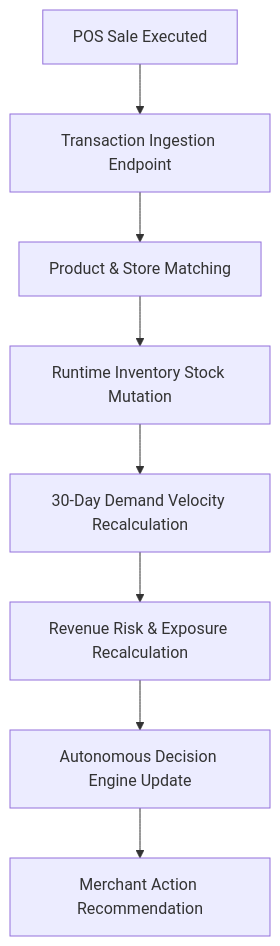
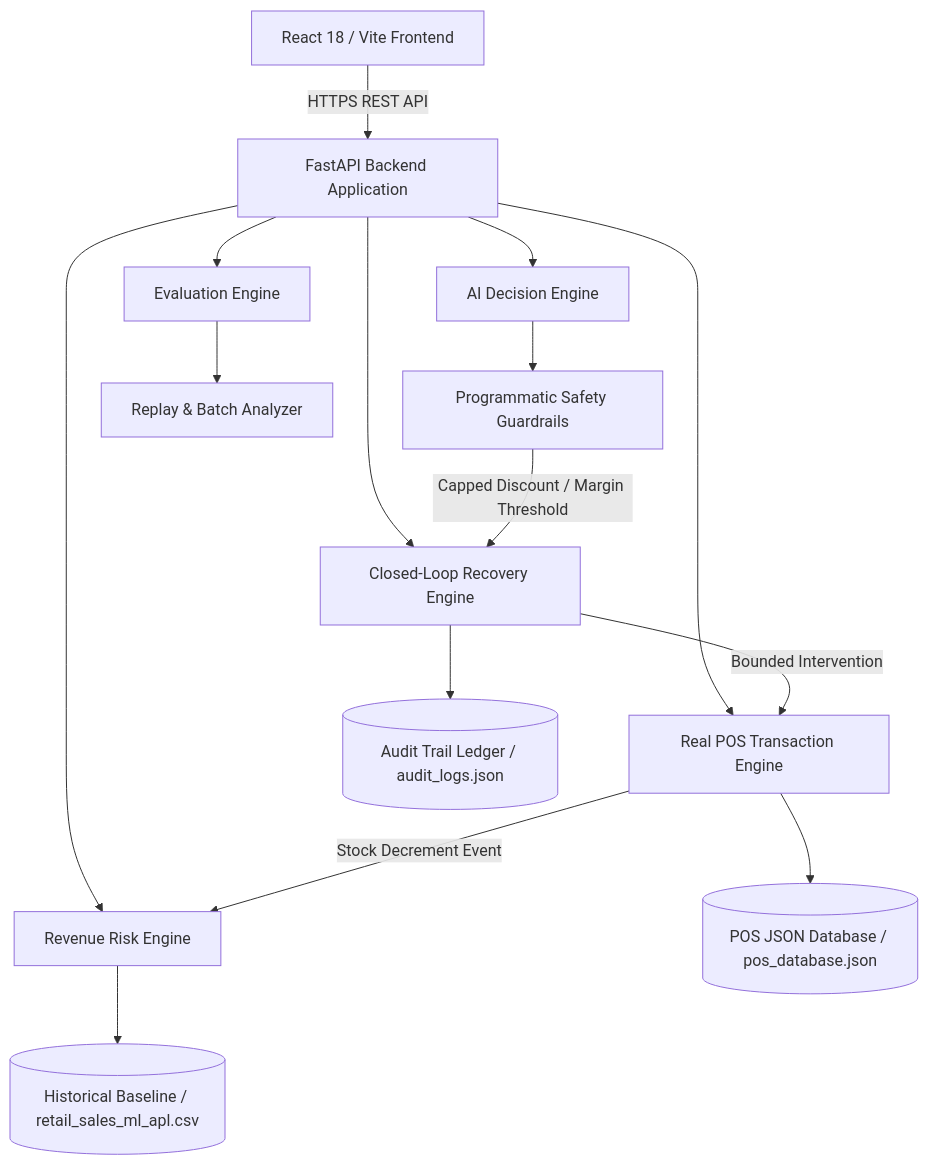
One commit to Sanjay34598/merchent-revenue-automation changed the diagram in README.md. Above: the diagram before and after it, drawn with Mermaid. The commit also changed other lines of this file and 21 other files, not shown here.

Commit message:
feat: implement closed-loop revenue recovery engine with audit logging, AI decision-making, and frontend observability views

````diff
--- a/README.md
+++ b/README.md
@@ -39,10 +93,19 @@
 ```mermaid
-flowchart TD
-    A[POS Sale Executed] --> B[Transaction Ingestion Endpoint]
-    B --> C[Product & Store Matching]
-    C --> D[Runtime Inventory Stock Mutation]
-    D --> E[30-Day Demand Velocity Recalculation]
-    E --> F[Revenue Risk & Exposure Recalculation]
-    F --> G[Autonomous Decision Engine Update]
-    G --> H[Merchant Action Recommendation]
+graph TD
+    A[React 18 / Vite Frontend] -->|HTTPS REST API| B[FastAPI Backend Application]
+    B --> C[Real POS Transaction Engine]
+    B --> D[Revenue Risk Engine]
+    B --> E[AI Decision Engine]
+    B --> F[Closed-Loop Recovery Engine]
+    B --> G[Evaluation Engine]
+    
+    C --> H[(POS JSON Database / pos_database.json)]
+    D --> I[(Historical Baseline / retail_sales_ml_apl.csv)]
+    E --> J[Programmatic Safety Guardrails]
+    F --> K[(Audit Trail Ledger / audit_logs.json)]
+    G --> L[Replay & Batch Analyzer]
+
+    J -->|Capped Discount / Margin Threshold| F
+    C -->|Stock Decrement Event| D
+    F -->|Bounded Intervention| C
 ```
````
